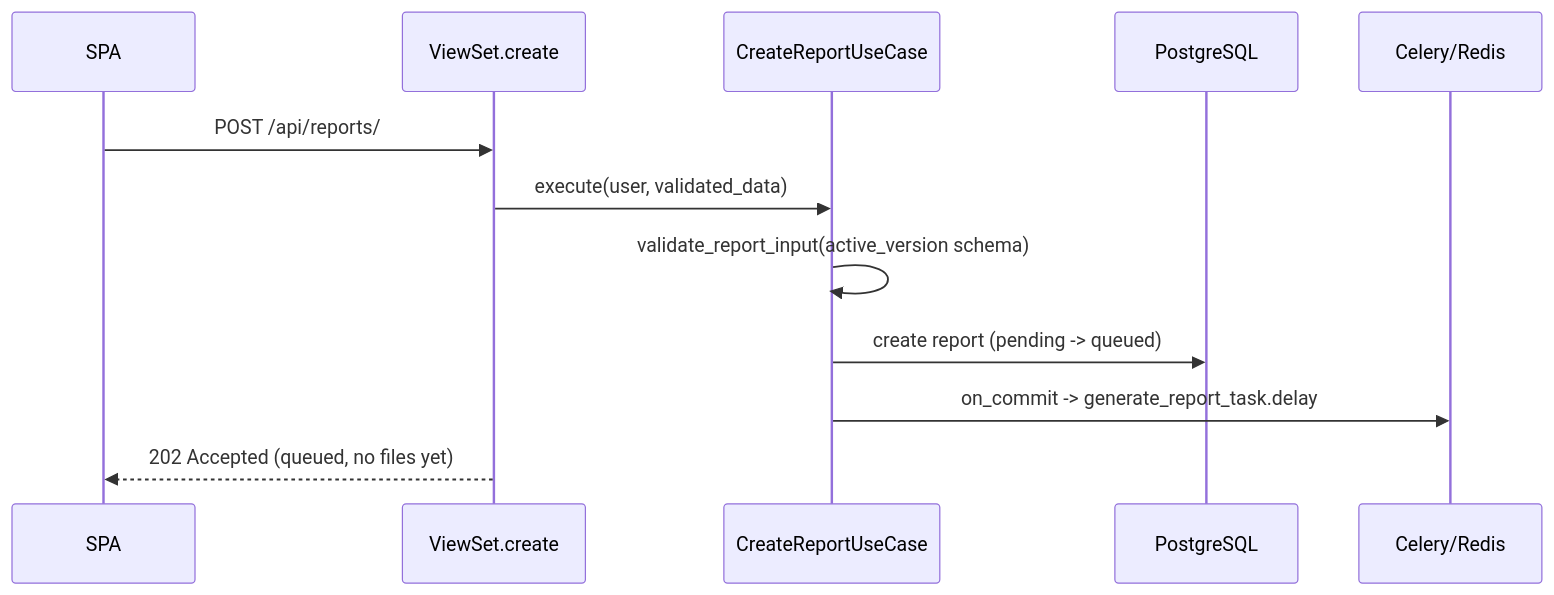
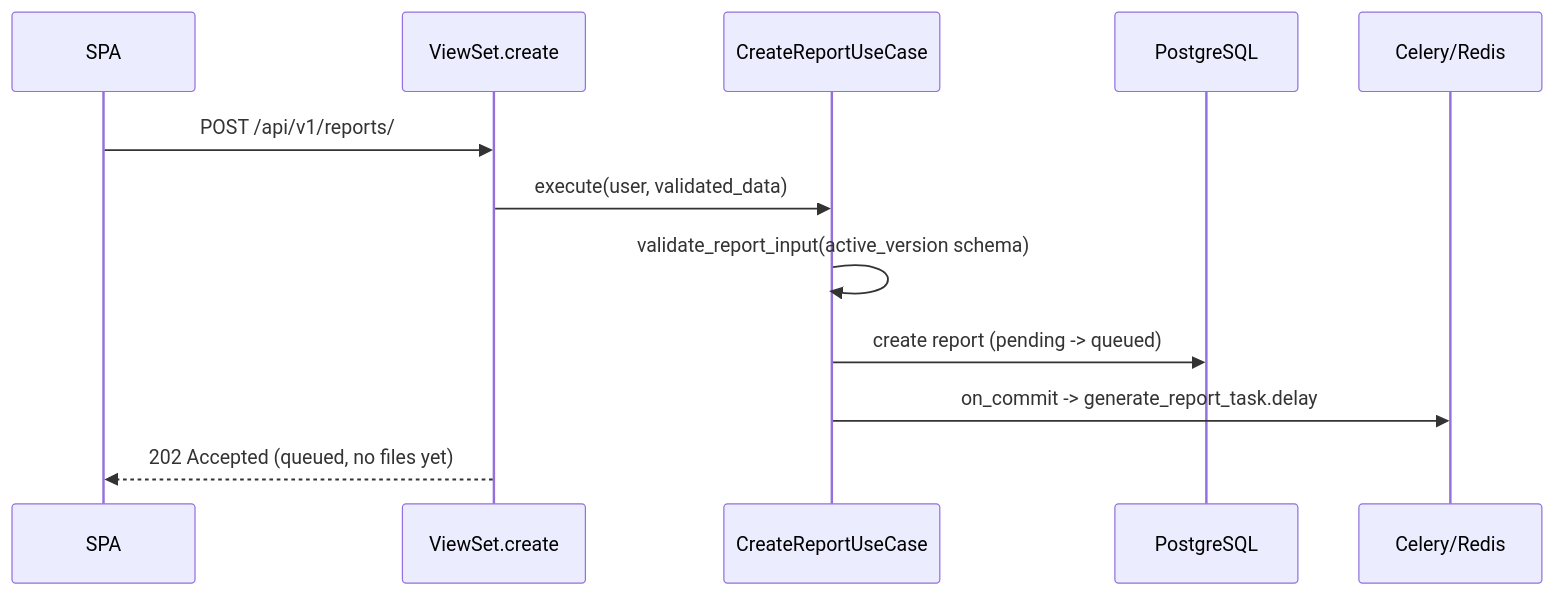
The fourth of 8 diagrams in docs/architecture.md (abdalrahmanshoshara-eng/platform-Services), drawn with Mermaid before and after one commit. The commit also changed other lines of this file and 42 other files, not shown here.

````diff
--- a/docs/architecture.md
+++ b/docs/architecture.md
@@ -185,14 +188,14 @@
 ```mermaid
 sequenceDiagram
   participant U as SPA
   participant V as ViewSet.create
   participant UC as CreateReportUseCase
   participant DB as PostgreSQL
   participant Q as Celery/Redis
-  U->>V: POST /api/reports/
+  U->>V: POST /api/v1/reports/
   V->>UC: execute(user, validated_data)
   UC->>UC: validate_report_input(active_version schema)
   UC->>DB: create report (pending -> queued)
   UC->>Q: on_commit -> generate_report_task.delay
   V-->>U: 202 Accepted (queued, no files yet)
 ```
````
